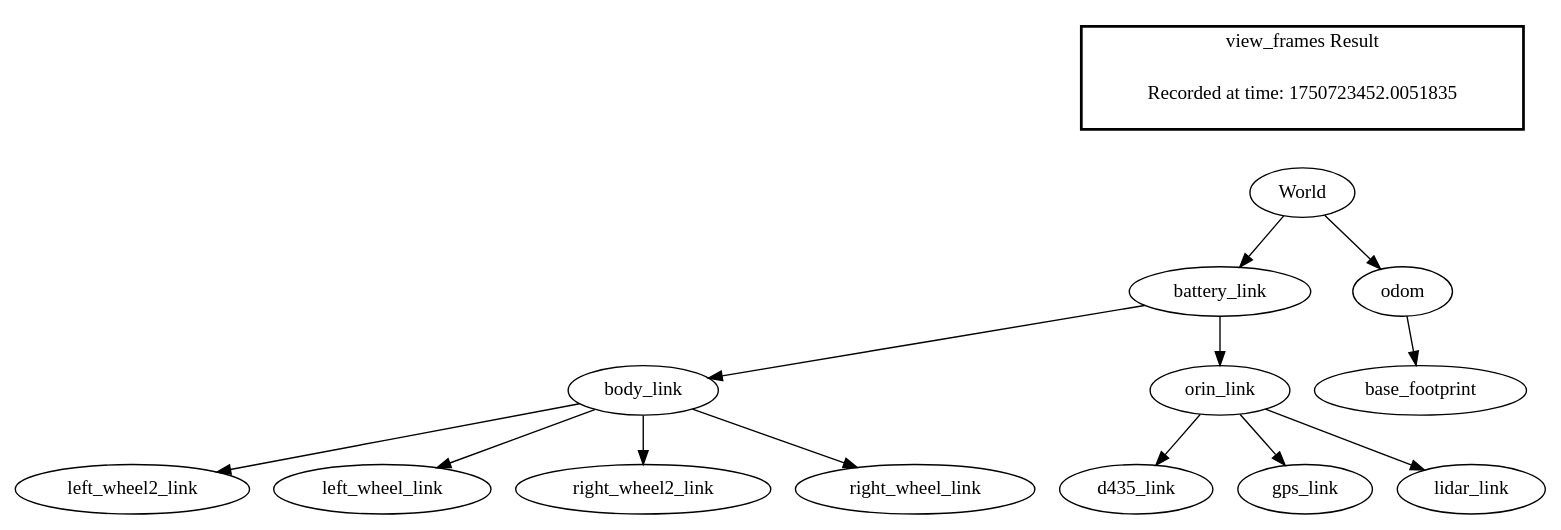
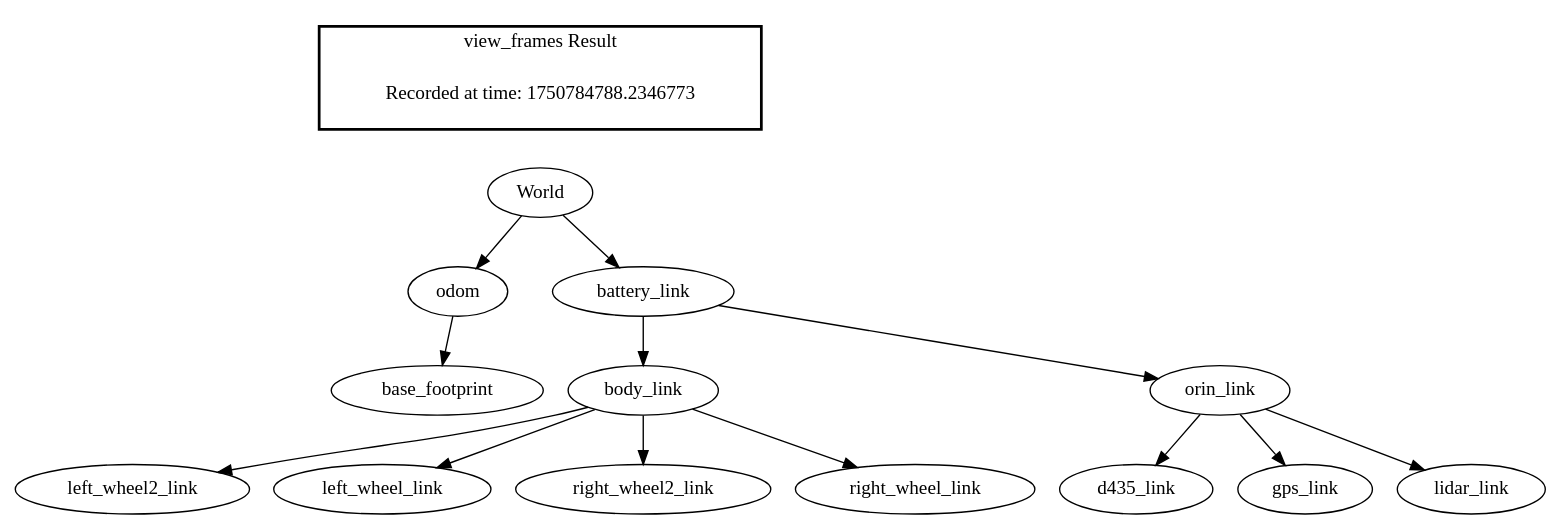
Before and after one commit to StuartGJohnson/differential_drive_test: the diagram in sim_check/isaac/frames_isaacsim_clean.gv, drawn with Graphviz. The commit also changed 88 other files, not shown here.

```diff
--- a/sim_check/isaac/frames_isaacsim_clean.gv
+++ b/sim_check/isaac/frames_isaacsim_clean.gv
@@ -1,18 +1,18 @@
 digraph G {
+"World" -> "odom";
+"odom" -> "base_footprint";
 "World" -> "battery_link";
 "battery_link" -> "body_link";
 "battery_link" -> "orin_link";
 "body_link" -> "left_wheel2_link";
 "body_link" -> "left_wheel_link";
 "body_link" -> "right_wheel2_link";
 "body_link" -> "right_wheel_link";
 "orin_link" -> "d435_link";
 "orin_link" -> "gps_link";
 "orin_link" -> "lidar_link";
-"World" -> "odom";
-"odom" -> "base_footprint";
 edge [style=invis];
  subgraph cluster_legend { style=bold; color=black; label ="view_frames Result";
-"Recorded at time: 1750723452.0051835"[ shape=plaintext ] ;
+"Recorded at time: 1750784788.2346773"[ shape=plaintext ] ;
 }->"World";
 }
```
